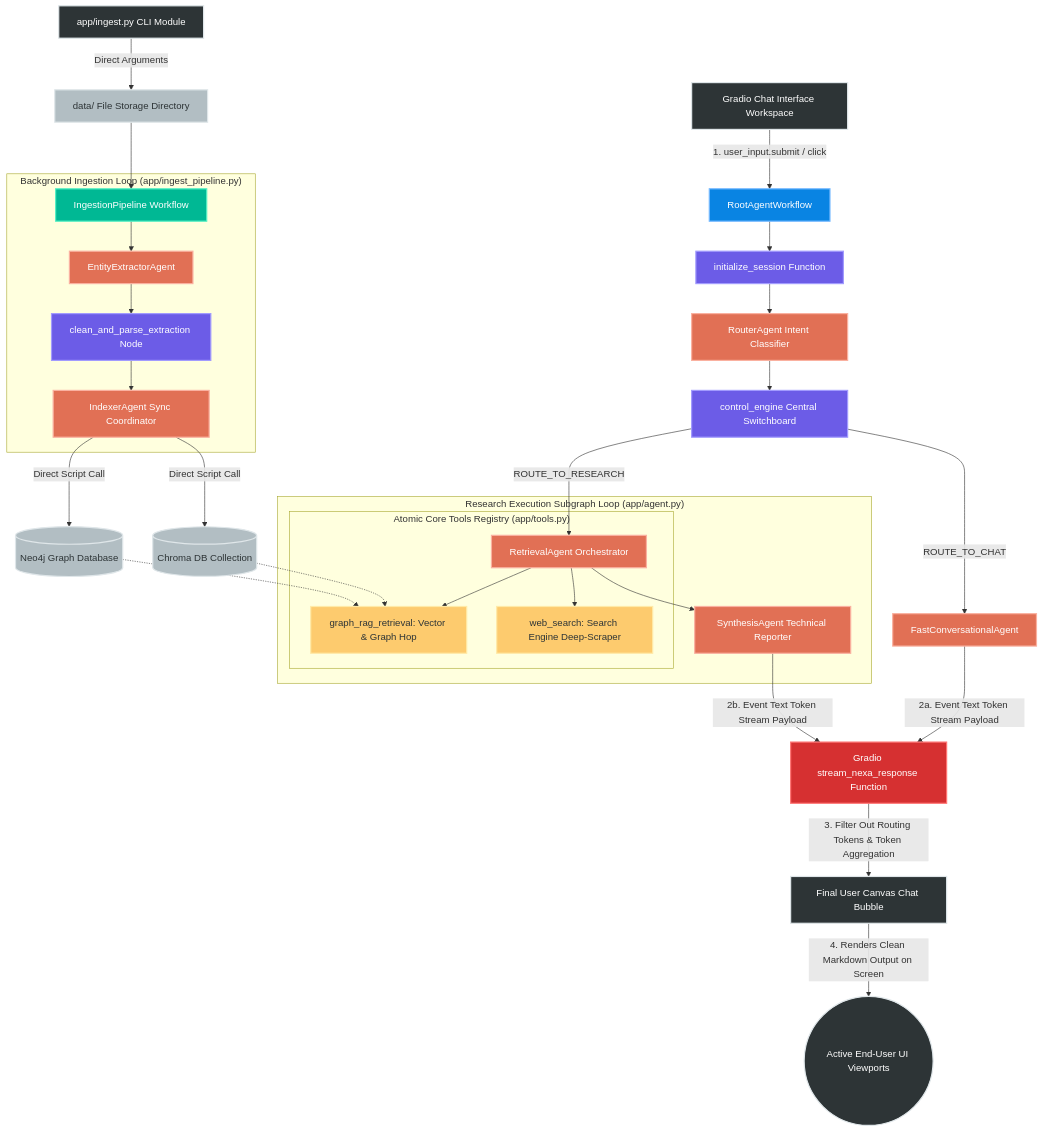
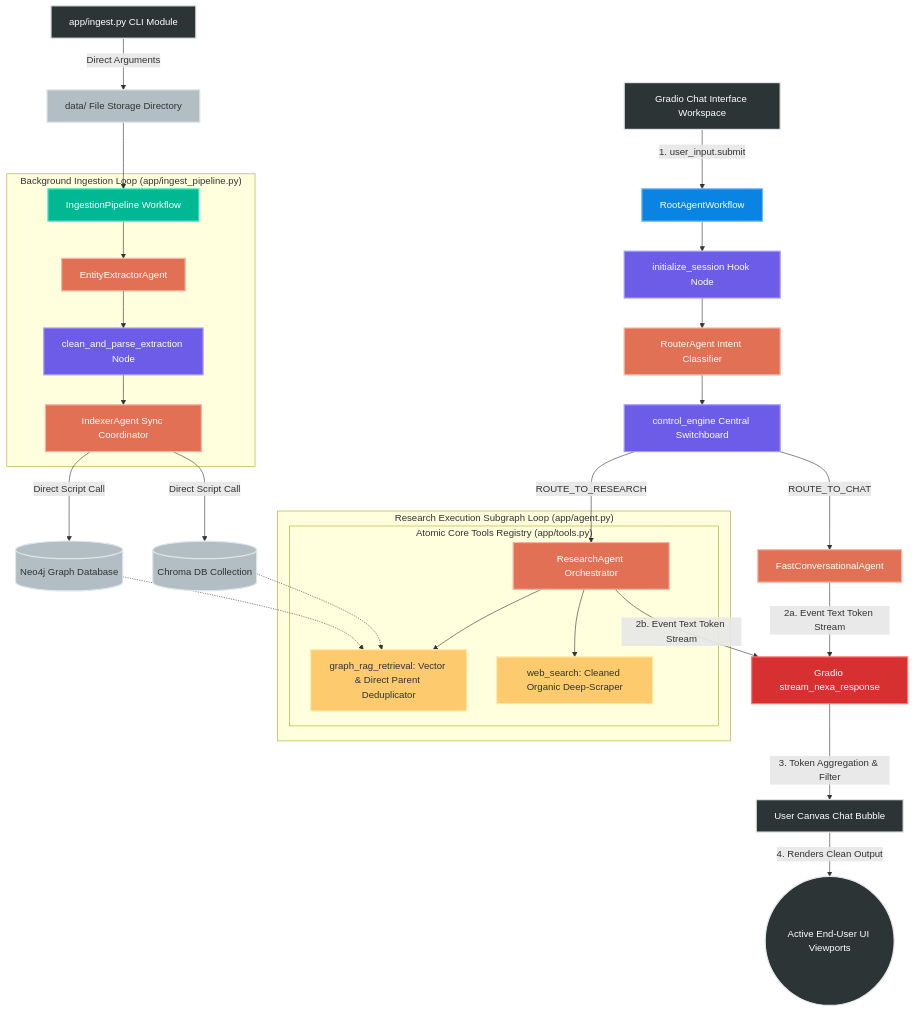
Before and after one commit to ranapratapmajee/nexusmind-adk: the first of 2 diagrams in README.md, drawn with Mermaid. The commit also changed other lines of this file and 4 other files, not shown here.

Commit message:
Nexa v1.0 - final fix

````diff
--- a/README.md
+++ b/README.md
@@ -37,61 +37,56 @@
 ```mermaid
-
 graph TD
     %% Component Style Classes
     classDef client fill:#2d3436,stroke:#dfe6e9,stroke-width:2px,color:#fff;
     classDef orchestrator fill:#0984e3,stroke:#74b9ff,stroke-width:2px,color:#fff;
     classDef control fill:#6c5ce7,stroke:#a29bfe,stroke-width:2px,color:#fff;
     classDef workflow fill:#00b894,stroke:#55efc4,stroke-width:2px,color:#fff;
     classDef agent fill:#e17055,stroke:#fab1a0,stroke-width:2px,color:#fff;
     classDef tool fill:#fdcb6e,stroke:#ffeaa7,stroke-width:2px,color:#2d3436;
     classDef storage fill:#b2bec3,stroke:#dfe6e9,stroke-width:2px,color:#2d3436;
     classDef output fill:#d63031,stroke:#ff7675,stroke-width:2px,color:#fff;
 
     %% Presentation Layer (User Input Entry)
-    UI[Gradio Chat Interface Workspace]:::client --> |1. user_input.submit / click| RootGateway[RootAgentWorkflow]:::orchestrator
+    UI[Gradio Chat Interface Workspace]:::client --> |1. user_input.submit| RootGateway[RootAgentWorkflow]:::orchestrator
     CLI[app/ingest.py CLI Module]:::client --> |Direct Arguments| DataFolder[data/ File Storage Directory]:::storage
 
     %% Gateway Routing Subsystem
-    RootGateway --> InitSession[initialize_session Function]:::control
+    RootGateway --> InitSession[initialize_session Hook Node]:::control
     InitSession --> Router[RouterAgent Intent Classifier]:::agent
     Router --> ControlEngine[control_engine Central Switchboard]:::control
     
     ControlEngine --> |ROUTE_TO_CHAT| FastAgent[FastConversationalAgent]:::agent
-    ControlEngine --> |ROUTE_TO_RESEARCH| Retrieval[RetrievalAgent Orchestrator]:::agent
+    ControlEngine --> |ROUTE_TO_RESEARCH| ResearchAgent[ResearchAgent Orchestrator]:::agent
 
     %% Research Pipeline Processing
     subgraph Research_Execution_Pipeline ["Research Execution Subgraph Loop (app/agent.py)"]
-        %% Atomic Tools
         subgraph Tool_Registry ["Atomic Core Tools Registry (app/tools.py)"]
-            Retrieval --> T1[graph_rag_retrieval: Vector & Graph Hop]:::tool
-            Retrieval --> T2[web_search: Search Engine Deep-Scraper]:::tool
+            ResearchAgent --> T1[graph_rag_retrieval: Vector & Direct Parent Deduplicator]:::tool
+            ResearchAgent --> T2[web_search: Cleaned Organic Deep-Scraper]:::tool
         end
-        
-        Retrieval --> Synthesis[SynthesisAgent Technical Reporter]:::agent
     end
 
     %% Presentation Layer (Unified Token Output Streaming to Frontend)
-    FastAgent --> |2a. Event Text Token Stream Payload| StreamFilter[Gradio stream_nexa_response Function]:::output
-    Synthesis --> |2b. Event Text Token Stream Payload| StreamFilter
+    FastAgent --> |2a. Event Text Token Stream| StreamFilter[Gradio stream_nexa_response]:::output
+    ResearchAgent --> |2b. Event Text Token Stream| StreamFilter
     
-    StreamFilter --> |3. Filter Out Routing Tokens & Token Aggregation| UICanvas[Final User Canvas Chat Bubble]:::client
-    UICanvas --> |4. Renders Clean Markdown Output on Screen| EndUserNode((Active End-User UI Viewports)):::client
+    StreamFilter --> |3. Token Aggregation & Filter| UICanvas[User Canvas Chat Bubble]:::client
+    UICanvas --> |4. Renders Clean Output| EndUserNode((Active End-User UI Viewports)):::client
 
     %% Ingestion Lane Setup
     DataFolder --> IngestWorkflow[IngestionPipeline Workflow]:::workflow
     
     subgraph Ingestion_Pipeline ["Background Ingestion Loop (app/ingest_pipeline.py)"]
         IngestWorkflow --> EntityExt[EntityExtractorAgent]:::agent
         EntityExt --> CleanParse[clean_and_parse_extraction Node]:::control
         CleanParse --> Indexer[IndexerAgent Sync Coordinator]:::agent
     end
 
     %% Storage Hooks
     Indexer --> |Direct Script Call| ChromaStore[(Chroma DB Collection)]:::storage
     Indexer --> |Direct Script Call| Neo4jStore[(Neo4j Graph Database)]:::storage
     
     ChromaStore -.-> T1
     Neo4jStore -.-> T1
 
-
 ```
````
